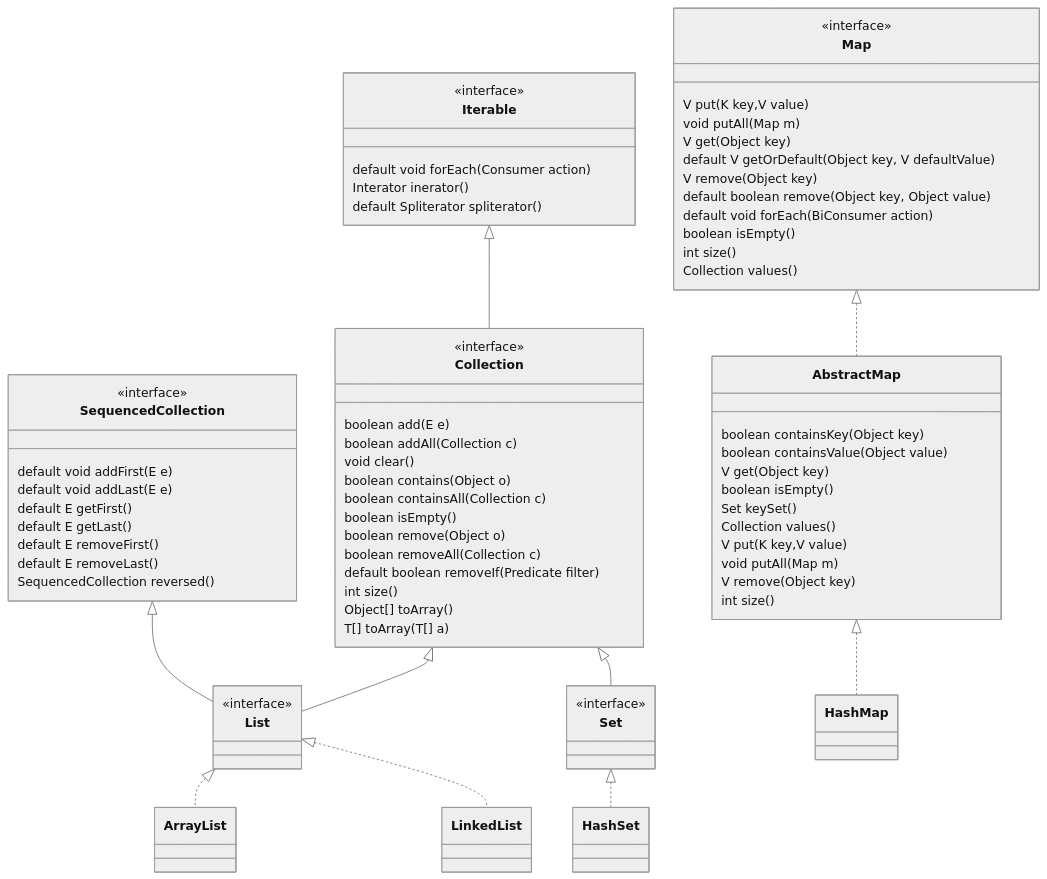
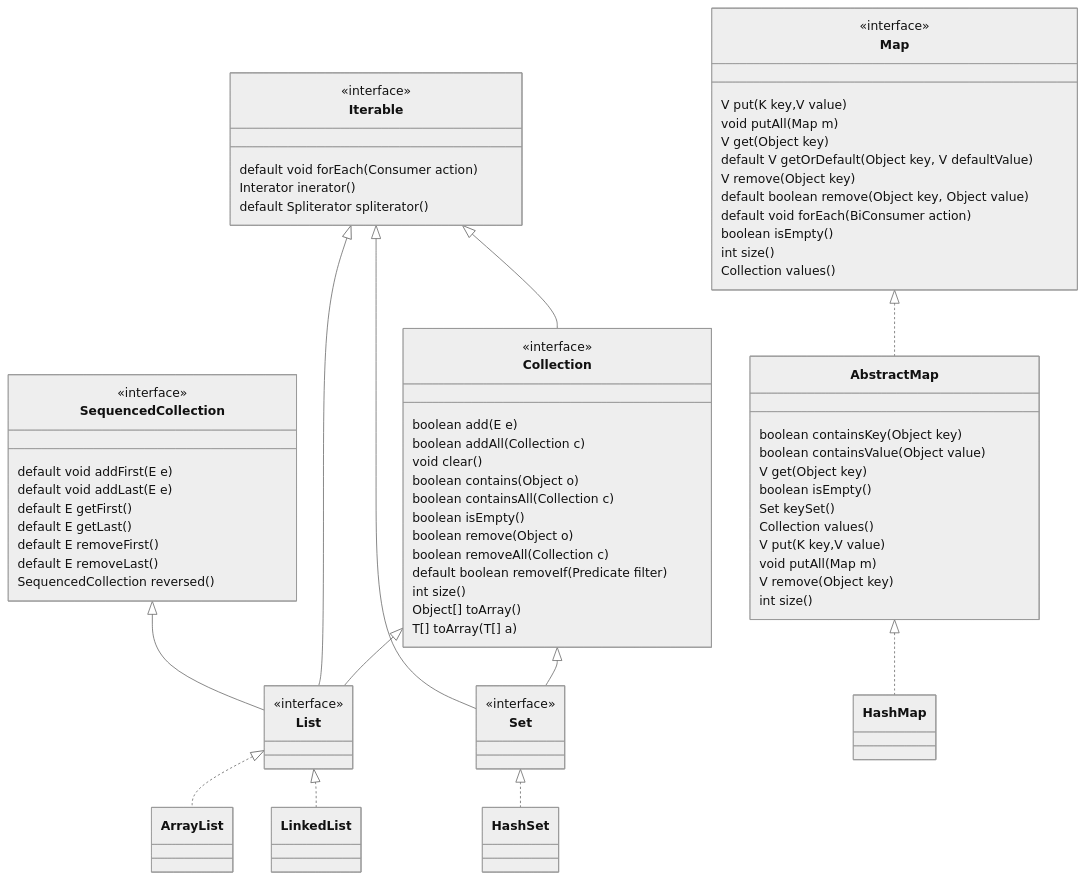
Before and after one commit to silascript/ITNotes: the diagram in Java/Java_Base_Note.md, drawn with Mermaid (neutral theme). The commit also changed other lines of this file and 2 other files, not shown here.

````diff
--- a/Java/Java_Base_Note.md
+++ b/Java/Java_Base_Note.md
@@ -133,15 +133,15 @@
 	Iterable <|-- Collection
 
 	Collection <|-- List
+	Iterable <|-- List
 	SequencedCollection <|-- List
 	List <|.. ArrayList
 	List <|.. LinkedList
 	Collection <|-- Set
+	Iterable <|-- Set
 	Set <|.. HashSet
 
 	Map <|.. AbstractMap
 	AbstractMap <|.. HashMap
 
-	
-
 ```
````
